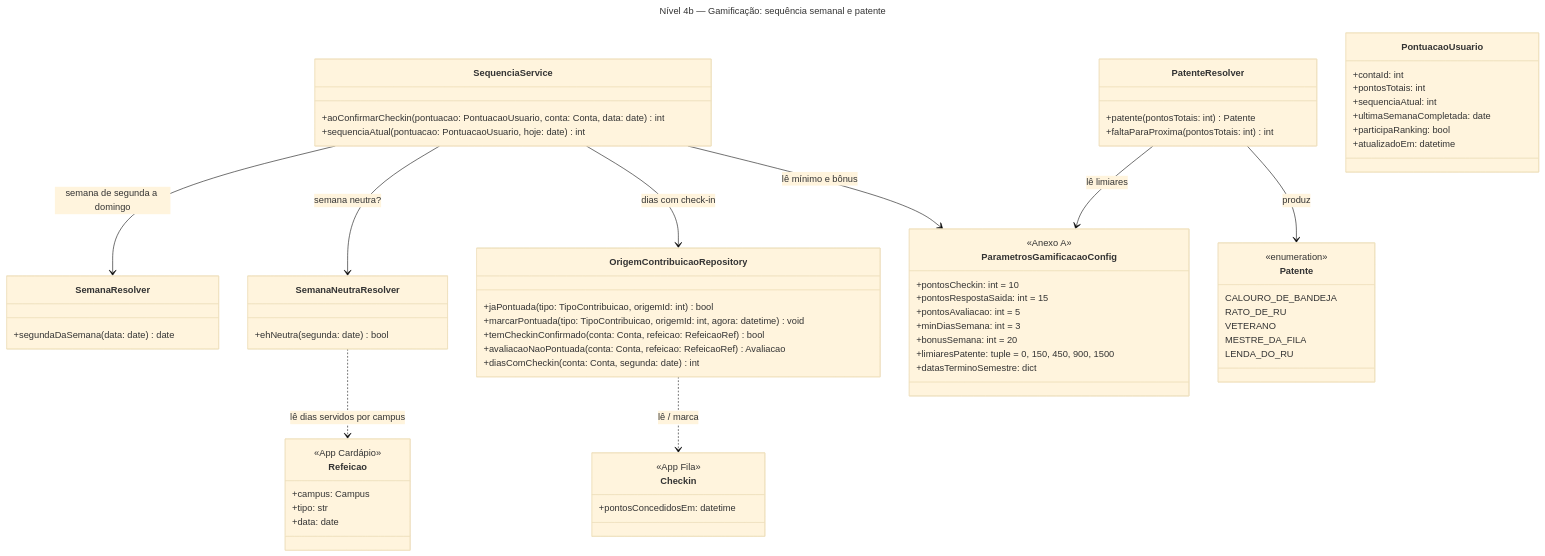
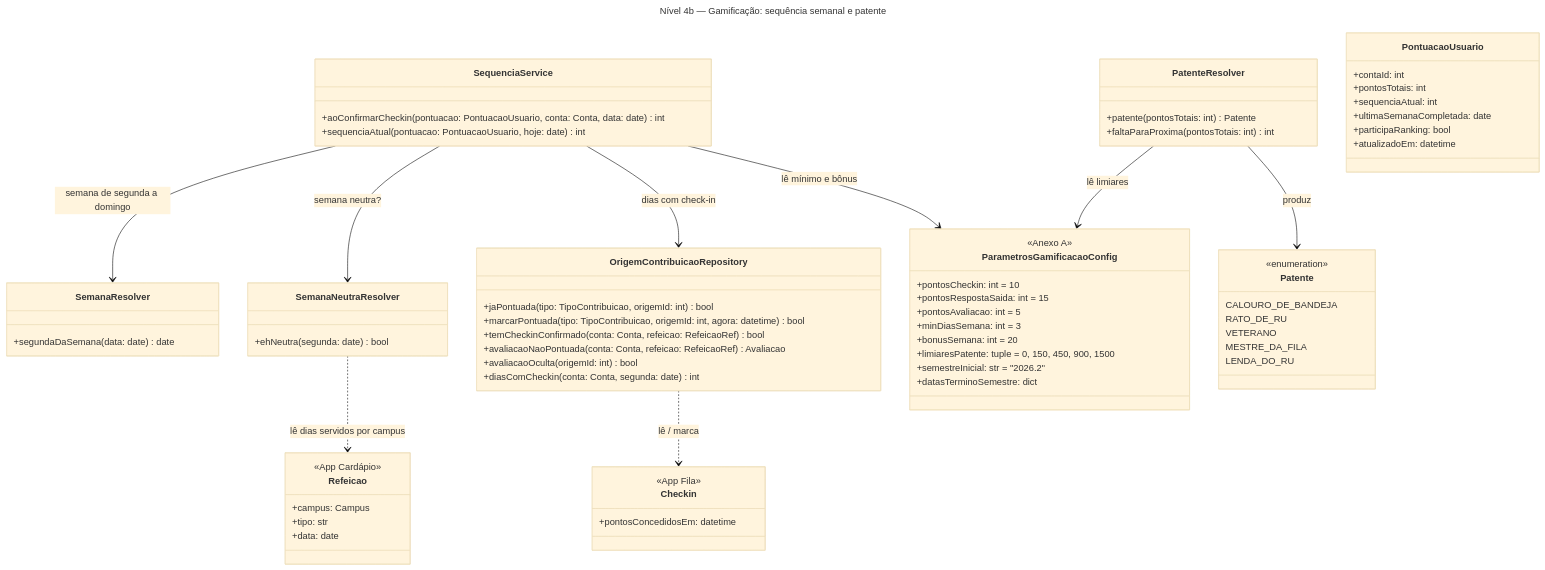
One commit to unb-mds/2026-2-Bandejao-UnB changed the second of 4 diagrams in docs/arquitetura/backend/c4-nivel-4-gamificacao.md. Above: the diagram before and after it, drawn with Mermaid (base theme). The commit also changed other lines of this file and 2 other files, not shown here.

````diff
--- a/docs/arquitetura/backend/c4-nivel-4-gamificacao.md
+++ b/docs/arquitetura/backend/c4-nivel-4-gamificacao.md
@@ -282,72 +297,74 @@
 ```mermaid
 ---
 title: "Nível 4b — Gamificação: sequência semanal e patente"
 ---
 classDiagram
   class SequenciaService {
     +aoConfirmarCheckin(pontuacao: PontuacaoUsuario, conta: Conta, data: date) int
     +sequenciaAtual(pontuacao: PontuacaoUsuario, hoje: date) int
   }
   class SemanaResolver {
     +segundaDaSemana(data: date) date
   }
   class SemanaNeutraResolver {
     +ehNeutra(segunda: date) bool
   }
   class OrigemContribuicaoRepository {
     +jaPontuada(tipo: TipoContribuicao, origemId: int) bool
-    +marcarPontuada(tipo: TipoContribuicao, origemId: int, agora: datetime) void
+    +marcarPontuada(tipo: TipoContribuicao, origemId: int, agora: datetime) bool
     +temCheckinConfirmado(conta: Conta, refeicao: RefeicaoRef) bool
     +avaliacaoNaoPontuada(conta: Conta, refeicao: RefeicaoRef) Avaliacao
+    +avaliacaoOculta(origemId: int) bool
     +diasComCheckin(conta: Conta, segunda: date) int
   }
   class PatenteResolver {
     +patente(pontosTotais: int) Patente
     +faltaParaProxima(pontosTotais: int) int
   }
   class Patente {
     <<enumeration>>
     CALOURO_DE_BANDEJA
     RATO_DE_RU
     VETERANO
     MESTRE_DA_FILA
     LENDA_DO_RU
   }
   class PontuacaoUsuario {
     +contaId: int
     +pontosTotais: int
     +sequenciaAtual: int
     +ultimaSemanaCompletada: date
     +participaRanking: bool
     +atualizadoEm: datetime
   }
   class ParametrosGamificacaoConfig {
     <<Anexo A>>
     +pontosCheckin: int = 10
     +pontosRespostaSaida: int = 15
     +pontosAvaliacao: int = 5
     +minDiasSemana: int = 3
     +bonusSemana: int = 20
     +limiaresPatente: tuple = 0, 150, 450, 900, 1500
+    +semestreInicial: str = "2026.2"
     +datasTerminoSemestre: dict
   }
   class Refeicao {
     <<App Cardápio>>
     +campus: Campus
     +tipo: str
     +data: date
   }
   class Checkin {
     <<App Fila>>
     +pontosConcedidosEm: datetime
   }
 
   SequenciaService --> SemanaResolver : semana de segunda a domingo
   SequenciaService --> SemanaNeutraResolver : semana neutra?
   SequenciaService --> OrigemContribuicaoRepository : dias com check-in
   SequenciaService --> ParametrosGamificacaoConfig : lê mínimo e bônus
   SemanaNeutraResolver ..> Refeicao : lê dias servidos por campus
   PatenteResolver --> ParametrosGamificacaoConfig : lê limiares
   PatenteResolver --> Patente : produz
   OrigemContribuicaoRepository ..> Checkin : lê / marca
 ```
````
